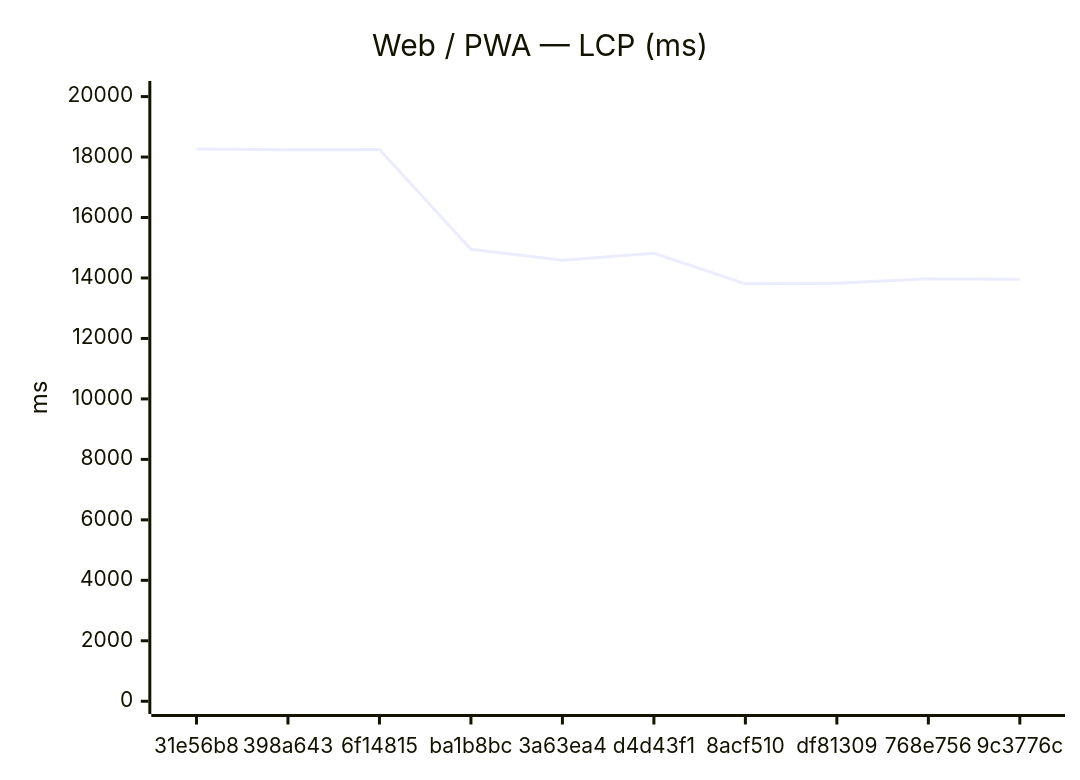
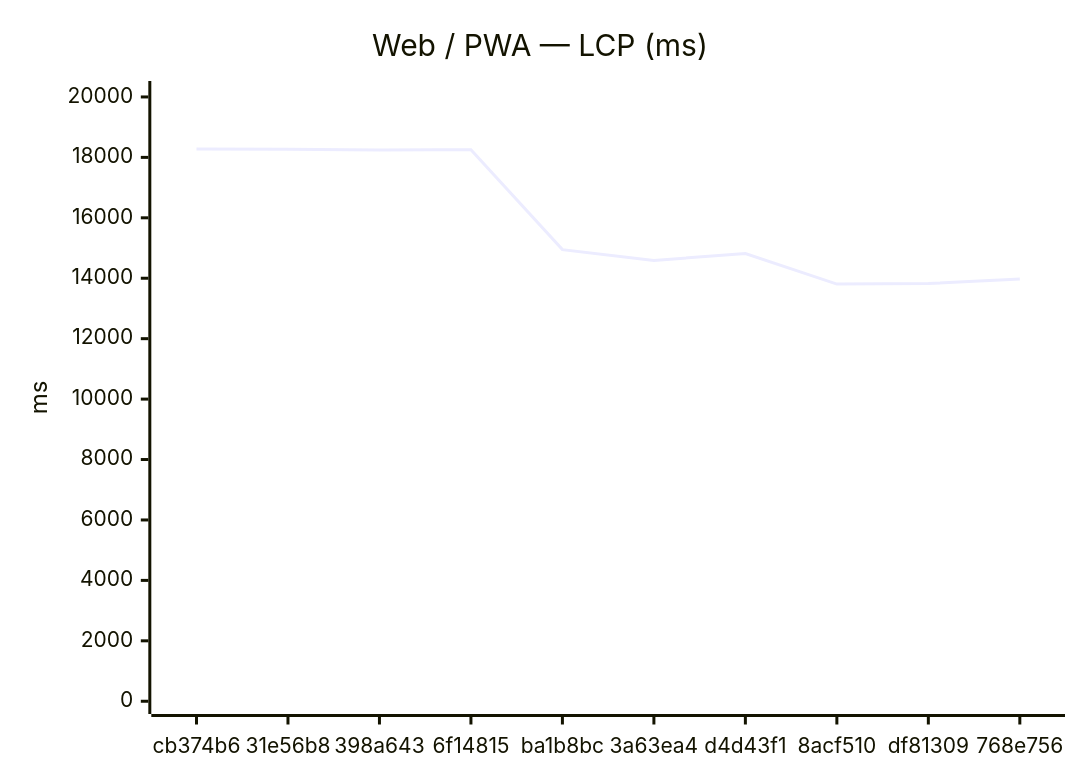
The first of 18 diagrams in benchmarks/compare.md (Metaheurist/Rianell), drawn with Mermaid before and after one commit. The commit also changed other lines of this file and 11 other files, not shown here.

````diff
--- a/benchmarks/compare.md
+++ b/benchmarks/compare.md
@@ -24,7 +24,7 @@
 ```mermaid
 xychart-beta
     title "Web / PWA — LCP (ms)"
-    x-axis ["31e56b8", "398a643", "6f14815", "ba1b8bc", "3a63ea4", "d4d43f1", "8acf510", "df81309", "768e756", "9c3776c"]
-    y-axis "ms" 0 --> 20094
-    line [18267, 18242, 18254, 14947, 14588, 14818, 13807, 13825, 13971, 13962]
+    x-axis ["cb374b6", "31e56b8", "398a643", "6f14815", "ba1b8bc", "3a63ea4", "d4d43f1", "8acf510", "df81309", "768e756"]
+    y-axis "ms" 0 --> 20106
+    line [18278, 18267, 18242, 18254, 14947, 14588, 14818, 13807, 13825, 13971]
 ```
````
